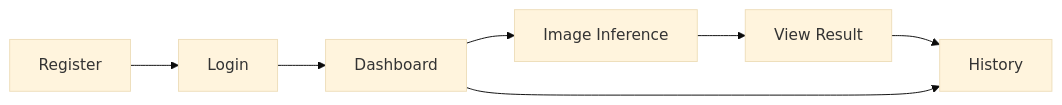
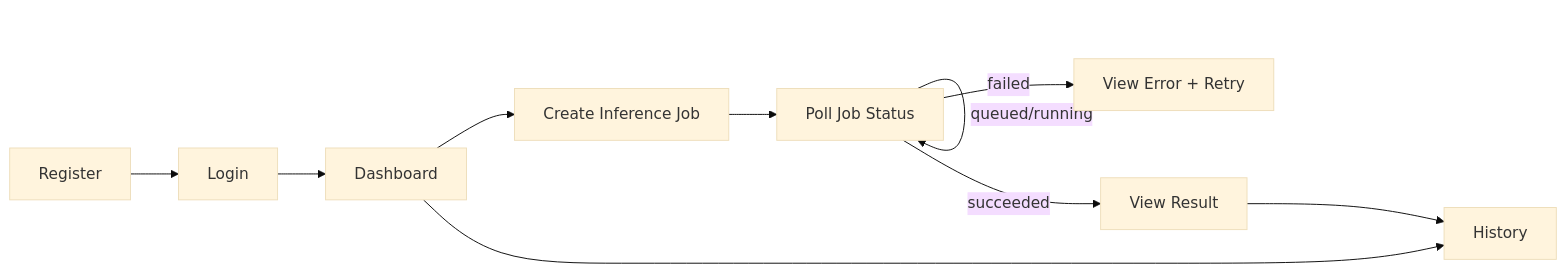
The diagram in docs/ux-wireframes-and-flows.md (RanchelWood/road_defect_detection_frontbackend_system), drawn with Mermaid (base theme) before and after one commit. The commit also changed other lines of this file and 13 other files, not shown here.

````diff
--- a/docs/ux-wireframes-and-flows.md
+++ b/docs/ux-wireframes-and-flows.md
@@ -7,9 +7,12 @@
 ```mermaid
 flowchart LR
   A["Register"] --> B["Login"]
   B --> C["Dashboard"]
-  C --> D["Image Inference"]
-  D --> E["View Result"]
-  E --> F["History"]
-  C --> F
+  C --> D["Create Inference Job"]
+  D --> E["Poll Job Status"]
+  E -->|"queued/running"| E
+  E -->|"succeeded"| F["View Result"]
+  E -->|"failed"| G["View Error + Retry"]
+  F --> H["History"]
+  C --> H
 ```
````
